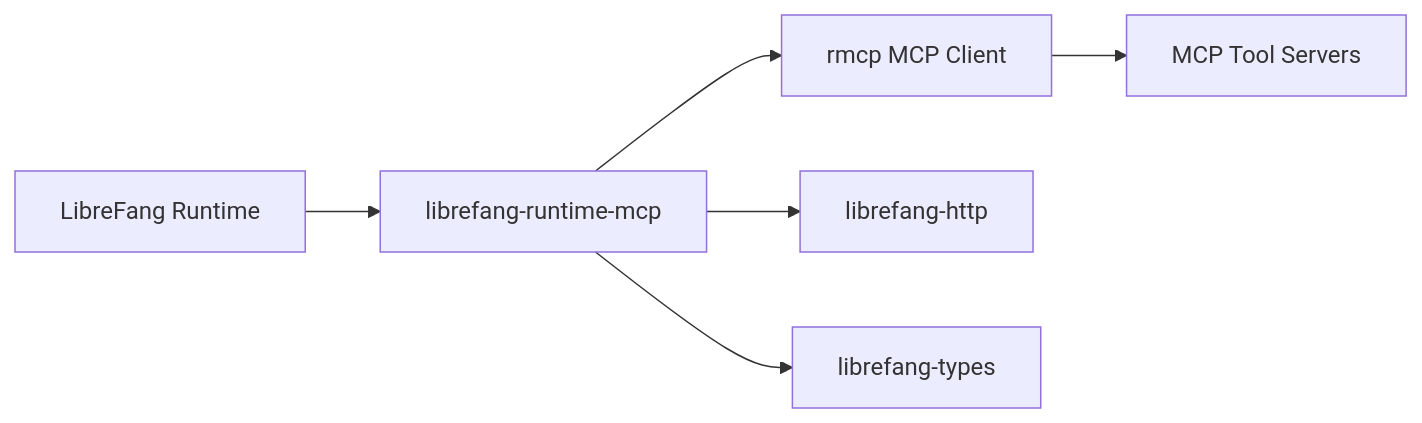
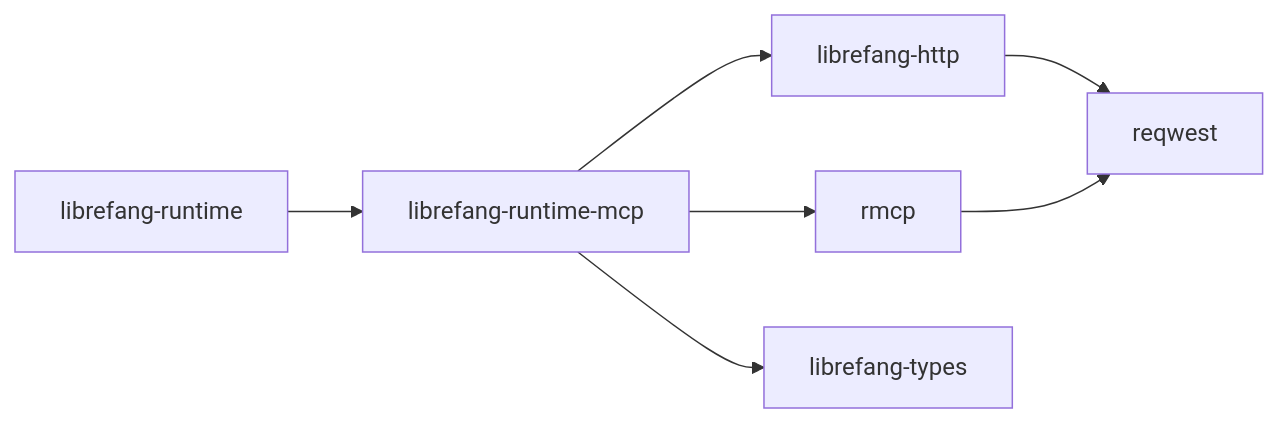
The diagram in other-librefang-runtime-mcp.md (leszek3737/librefang-WIki), drawn with Mermaid before and after one commit. The commit also changed other lines of this file and 100 other files, not shown here.

````diff
--- a/other-librefang-runtime-mcp.md
+++ b/other-librefang-runtime-mcp.md
@@ -13,8 +32,9 @@
 ```mermaid
 graph LR
-    A[LibreFang Runtime] --> B[librefang-runtime-mcp]
-    B --> C[rmcp MCP Client]
+    A[librefang-runtime] --> B[librefang-runtime-mcp]
+    B --> C[rmcp]
     B --> D[librefang-http]
     B --> E[librefang-types]
-    C --> F[MCP Tool Servers]
+    D --> F[reqwest]
+    C --> F
 ```
````
